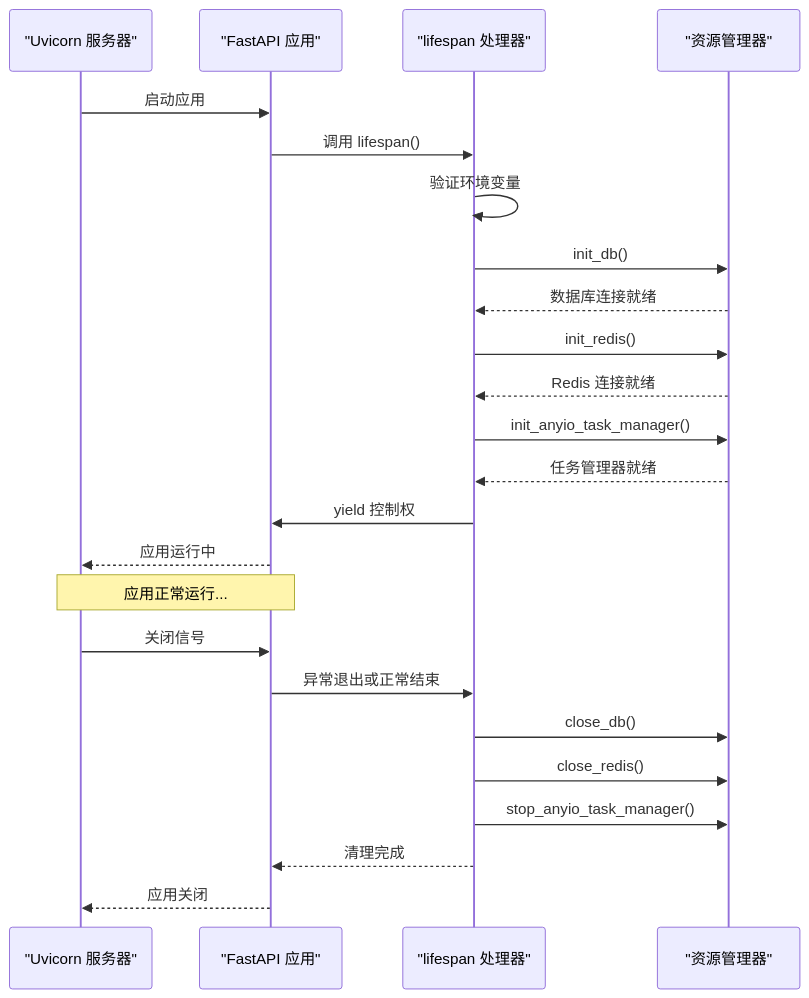
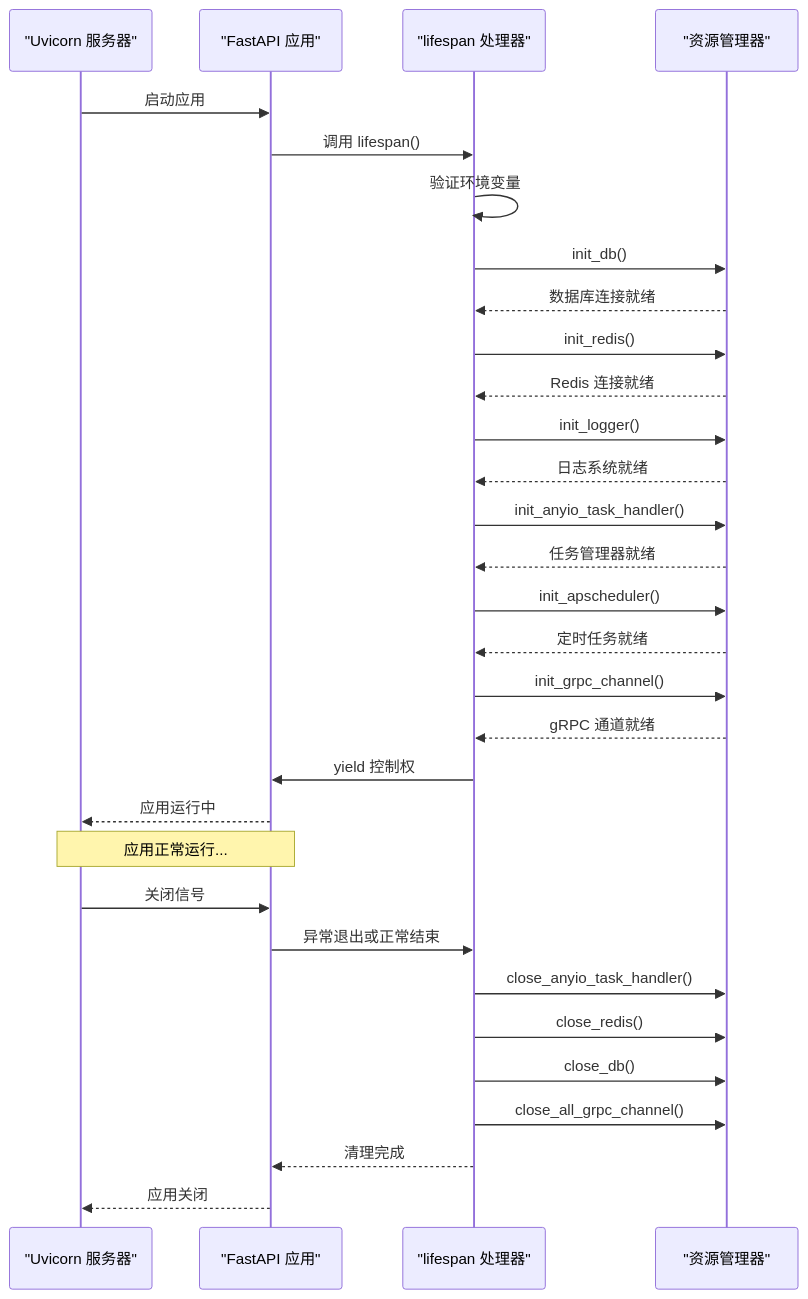
The third of 9 diagrams in .qoder/repowiki/zh/content/核心架构设计/应用生命周期管理.md (lilinzezzzzzz/fastapi-backend), drawn with Mermaid before and after one commit. The commit also changed other lines of this file and 4 other files, not shown here.

````diff
--- a/.qoder/repowiki/zh/content/核心架构设计/应用生命周期管理.md
+++ b/.qoder/repowiki/zh/content/核心架构设计/应用生命周期管理.md
@@ -146,26 +203,33 @@
 ```mermaid
 sequenceDiagram
 participant Uvicorn as "Uvicorn 服务器"
 participant FastAPI as "FastAPI 应用"
 participant Lifespan as "lifespan 处理器"
 participant Resources as "资源管理器"
 Uvicorn->>FastAPI : 启动应用
 FastAPI->>Lifespan : 调用 lifespan()
 Lifespan->>Lifespan : 验证环境变量
 Lifespan->>Resources : init_db()
 Resources-->>Lifespan : 数据库连接就绪
 Lifespan->>Resources : init_redis()
 Resources-->>Lifespan : Redis 连接就绪
-Lifespan->>Resources : init_anyio_task_manager()
+Lifespan->>Resources : init_logger()
+Resources-->>Lifespan : 日志系统就绪
+Lifespan->>Resources : init_anyio_task_handler()
 Resources-->>Lifespan : 任务管理器就绪
+Lifespan->>Resources : init_apscheduler()
+Resources-->>Lifespan : 定时任务就绪
+Lifespan->>Resources : init_grpc_channel()
+Resources-->>Lifespan : gRPC 通道就绪
 Lifespan->>FastAPI : yield 控制权
 FastAPI-->>Uvicorn : 应用运行中
 Note over Uvicorn,FastAPI : 应用正常运行...
 Uvicorn->>FastAPI : 关闭信号
 FastAPI->>Lifespan : 异常退出或正常结束
+Lifespan->>Resources : close_anyio_task_handler()
+Lifespan->>Resources : close_redis()
 Lifespan->>Resources : close_db()
-Lifespan->>Resources : close_redis()
-Lifespan->>Resources : stop_anyio_task_manager()
+Lifespan->>Resources : close_all_grpc_channel()
 Lifespan-->>FastAPI : 清理完成
 FastAPI-->>Uvicorn : 应用关闭
 ```
````
